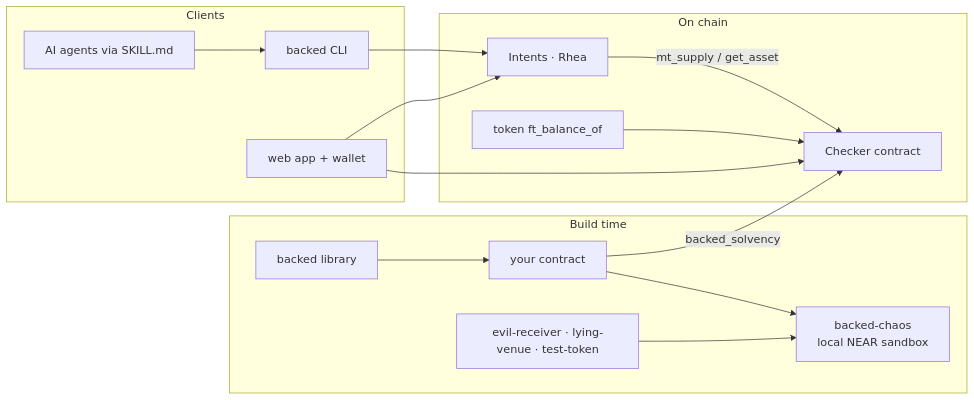
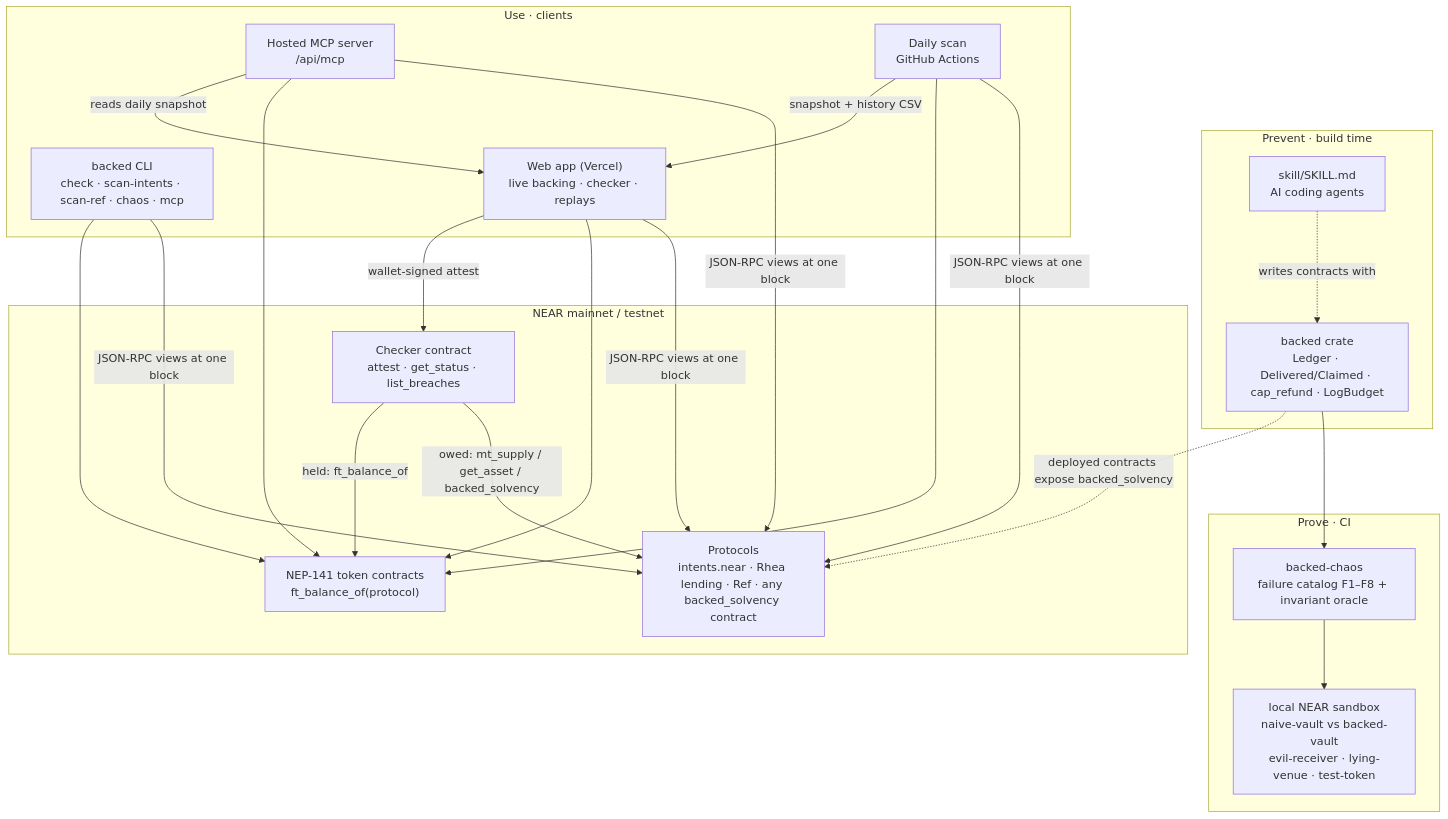
The second of 12 diagrams in README.md (rohan911438/Backed), drawn with Mermaid before and after one commit. The commit also changed other lines of this file and 3 other files, not shown here.

First line of the commit message:
Build page and README: why, principles, selling points, roadmap, diagrams

````diff
--- a/README.md
+++ b/README.md
@@ -325,19 +396,33 @@
 ```mermaid
-flowchart LR
-    subgraph Build time
-        L[backed library] --> C[your contract]
-        C --> X[backed-chaos<br/>local NEAR sandbox]
-        H[evil-receiver · lying-venue · test-token] --> X
+flowchart TB
+    subgraph PREVENT["Prevent · build time"]
+        LIB["backed crate<br/>Ledger · Delivered/Claimed · cap_refund · LogBudget"]
+        SKILL["skill/SKILL.md<br/>AI coding agents"]
+        SKILL -.writes contracts with.-> LIB
     end
-    subgraph On chain
-        C -- backed_solvency --> K[Checker contract]
-        P[Intents · Rhea] -- mt_supply / get_asset --> K
-        TK[token ft_balance_of] --> K
+    subgraph PROVE["Prove · CI"]
+        CHAOS["backed-chaos<br/>failure catalog F1–F8 + invariant oracle"]
+        SANDBOX["local NEAR sandbox<br/>naive-vault vs backed-vault<br/>evil-receiver · lying-venue · test-token"]
+        CHAOS --> SANDBOX
     end
-    subgraph Clients
-        CLI[backed CLI] --> P
-        WEB[web app + wallet] --> K
-        WEB --> P
-        AG[AI agents via SKILL.md] --> CLI
+    subgraph CHAIN["NEAR mainnet / testnet"]
+        PROTO["Protocols<br/>intents.near · Rhea lending · Ref · any backed_solvency contract"]
+        TOKENS["NEP-141 token contracts<br/>ft_balance_of(protocol)"]
+        CHECKER["Checker contract<br/>attest · get_status · list_breaches"]
+        CHECKER -- "owed: mt_supply / get_asset / backed_solvency" --> PROTO
+        CHECKER -- "held: ft_balance_of" --> TOKENS
     end
+    subgraph USE["Use · clients"]
+        CLI["backed CLI<br/>check · scan-intents · scan-ref · chaos · mcp"]
+        WEB["Web app (Vercel)<br/>live backing · checker · replays"]
+        MCP["Hosted MCP server<br/>/api/mcp"]
+        CRON["Daily scan<br/>GitHub Actions"]
+    end
+    LIB --> CHAOS
+    LIB -. "deployed contracts expose backed_solvency" .-> PROTO
+    CLI & WEB & MCP & CRON -- "JSON-RPC views at one block" --> PROTO
+    CLI & WEB & MCP & CRON --> TOKENS
+    WEB -- "wallet-signed attest" --> CHECKER
+    CRON -- "snapshot + history CSV" --> WEB
+    MCP -- "reads daily snapshot" --> WEB
 ```
````
